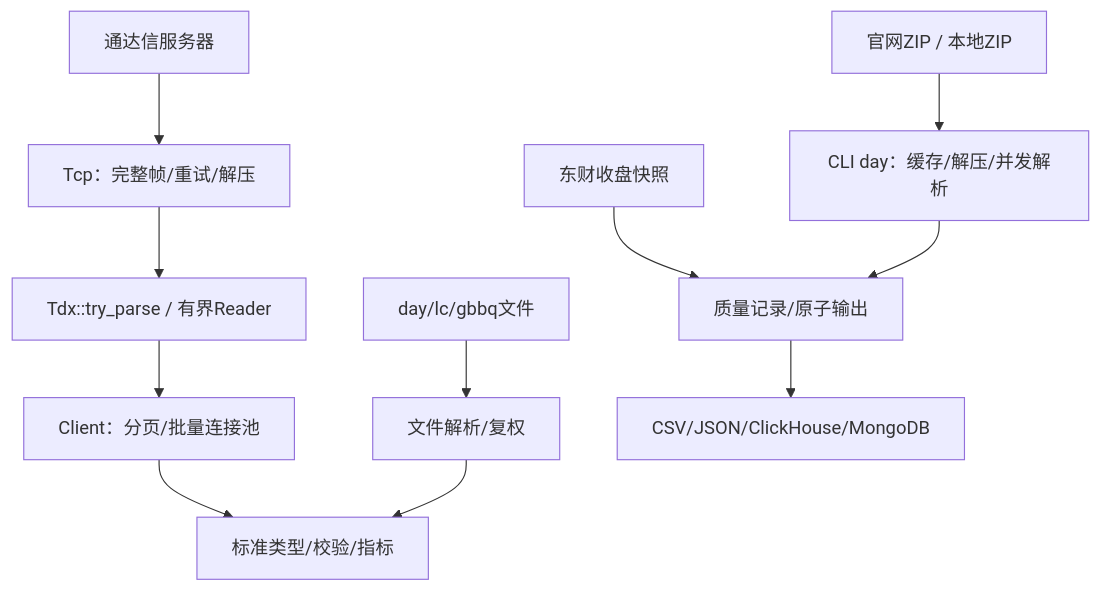
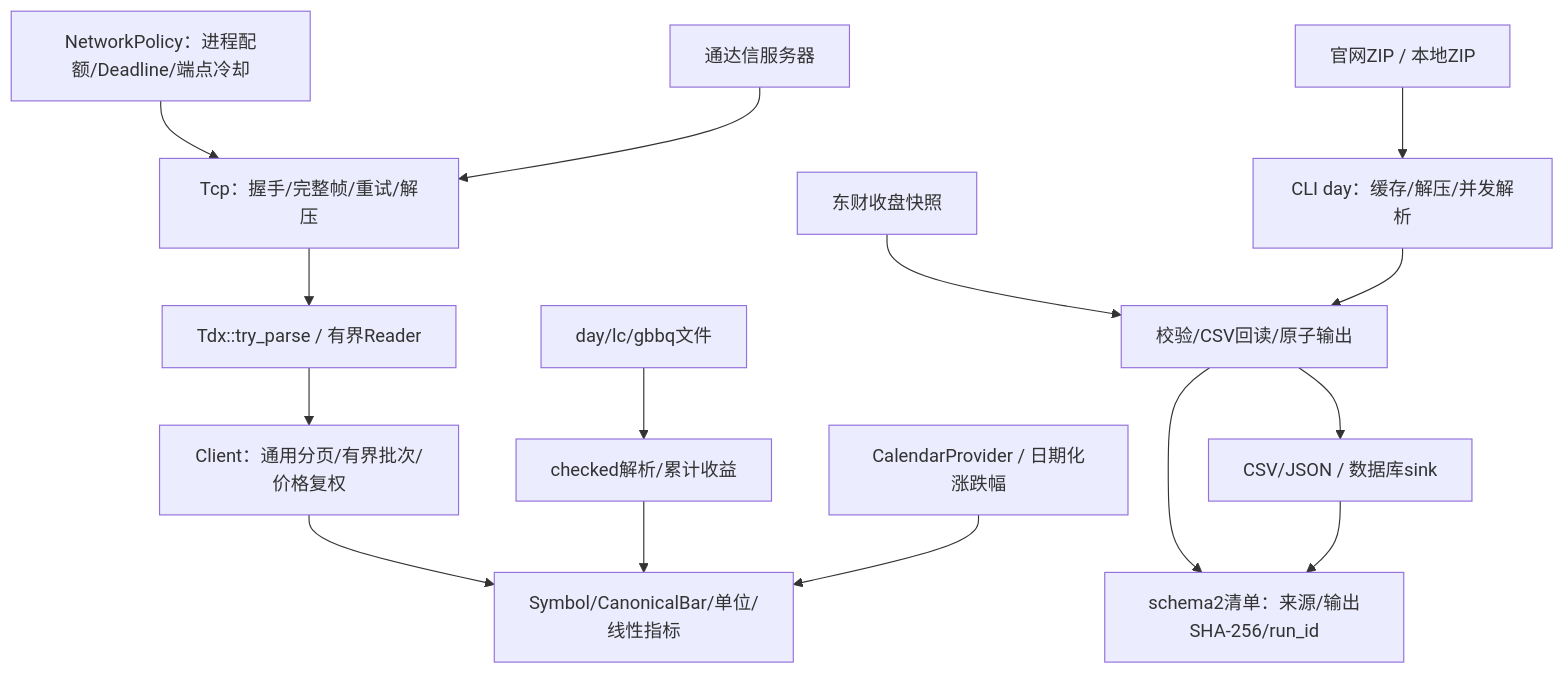
The diagram in docs/PROJECT_ANALYSIS.md (jelven007/rustdx), drawn with Mermaid before and after one commit. The commit also changed other lines of this file and 16 other files, not shown here.

````diff
--- a/docs/PROJECT_ANALYSIS.md
+++ b/docs/PROJECT_ANALYSIS.md
@@ -15,13 +15,17 @@
 ```mermaid
 flowchart TB
-    TDX["通达信服务器"] --> FRAME["Tcp：完整帧/重试/解压"]
+    POLICY["NetworkPolicy：进程配额/Deadline/端点冷却"] --> FRAME
+    TDX["通达信服务器"] --> FRAME["Tcp：握手/完整帧/重试/解压"]
     FRAME --> DECODE["Tdx::try_parse / 有界Reader"]
-    DECODE --> CLIENT["Client：分页/批量连接池"]
-    LOCAL["day/lc/gbbq文件"] --> FILE["文件解析/复权"]
-    CLIENT --> MODEL["标准类型/校验/指标"]
+    DECODE --> CLIENT["Client：通用分页/有界批次/价格复权"]
+    LOCAL["day/lc/gbbq文件"] --> FILE["checked解析/累计收益"]
+    CLIENT --> MODEL["Symbol/CanonicalBar/单位/线性指标"]
     FILE --> MODEL
+    RULE["CalendarProvider / 日期化涨跌幅"] --> MODEL
     ZIP["官网ZIP / 本地ZIP"] --> CLI["CLI day：缓存/解压/并发解析"]
-    EAST["东财收盘快照"] --> EXPORT["质量记录/原子输出"]
+    EAST["东财收盘快照"] --> EXPORT["校验/CSV回读/原子输出"]
     CLI --> EXPORT
-    EXPORT --> STORE["CSV/JSON/ClickHouse/MongoDB"]
+    EXPORT --> STORE["CSV/JSON / 数据库sink"]
+    EXPORT --> MANIFEST["schema2清单：来源/输出SHA-256/run_id"]
+    STORE --> MANIFEST
 ```
````
